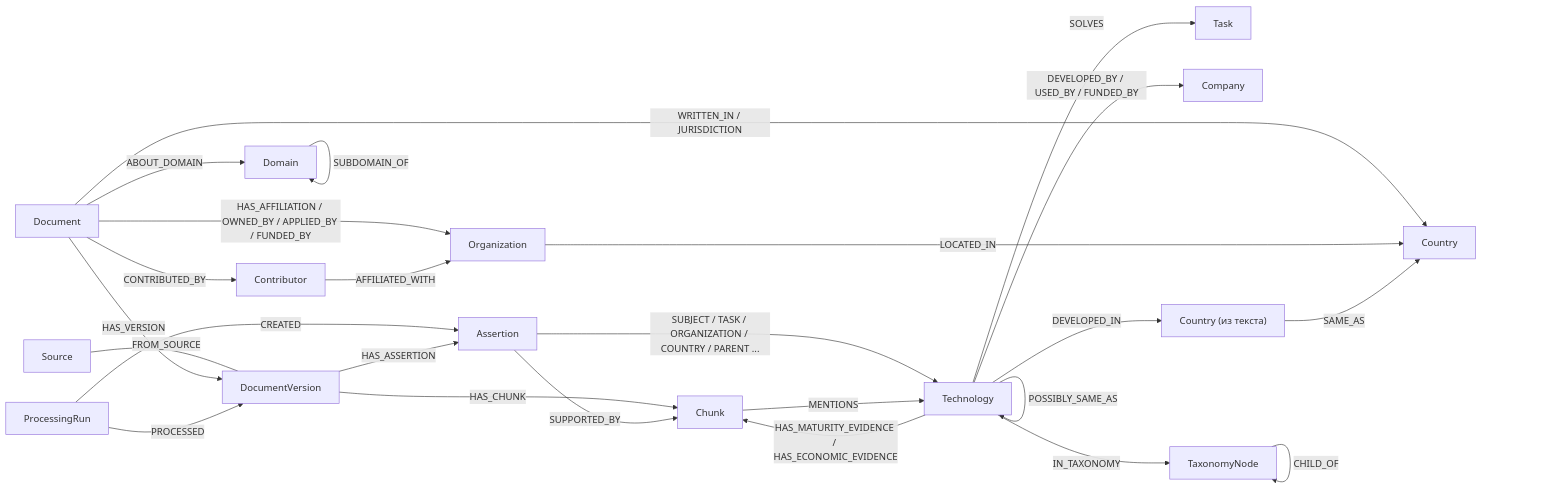
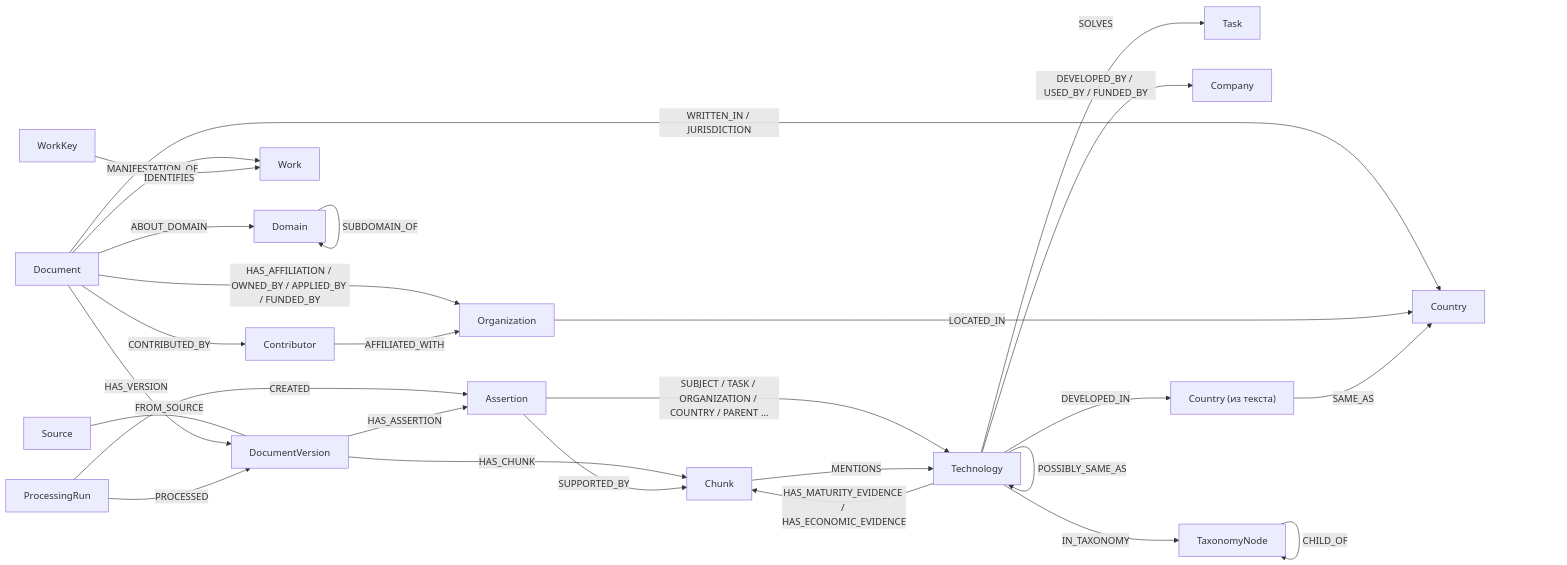
Before and after one commit to Pesimistixxx/LCTrendSearch: the third of 3 diagrams in docs/architecture.md, drawn with Mermaid. The commit also changed other lines of this file and 88 other files, not shown here.

````diff
--- a/docs/architecture.md
+++ b/docs/architecture.md
@@ -209,28 +212,30 @@
 ```mermaid
 flowchart LR
     Source --- |FROM_SOURCE| DocumentVersion
     Document -->|HAS_VERSION| DocumentVersion
+    Document -->|MANIFESTATION_OF| Work
+    WorkKey -->|IDENTIFIES| Work
     DocumentVersion -->|HAS_CHUNK| Chunk
     Document -->|WRITTEN_IN / JURISDICTION| Country
     Document -->|ABOUT_DOMAIN| Domain
     Domain -->|SUBDOMAIN_OF| Domain
     Document -->|HAS_AFFILIATION / OWNED_BY / APPLIED_BY / FUNDED_BY| Organization
     Document -->|CONTRIBUTED_BY| Contributor
     Contributor -->|AFFILIATED_WITH| Organization
     Organization -->|LOCATED_IN| Country
     ProcessingRun -->|PROCESSED| DocumentVersion
     ProcessingRun -->|CREATED| Assertion
     DocumentVersion -->|HAS_ASSERTION| Assertion
     Assertion -->|SUBJECT / TASK / ORGANIZATION / COUNTRY / PARENT ...| Technology
     Assertion -->|SUPPORTED_BY| Chunk
     Chunk -->|MENTIONS| Technology
     Technology -->|SOLVES| Task
     Technology -->|DEVELOPED_BY / USED_BY / FUNDED_BY| Company
     Technology -->|DEVELOPED_IN| CountryConcept["Country (из текста)"]
     CountryConcept -->|SAME_AS| Country
     Technology -->|SUBTECHNOLOGY_OF| Technology
     Technology -->|POSSIBLY_SAME_AS| Technology
     Technology -->|HAS_MATURITY_EVIDENCE / HAS_ECONOMIC_EVIDENCE| Chunk
     Technology -->|IN_TAXONOMY| TaxonomyNode
     TaxonomyNode -->|CHILD_OF| TaxonomyNode
 ```
````
